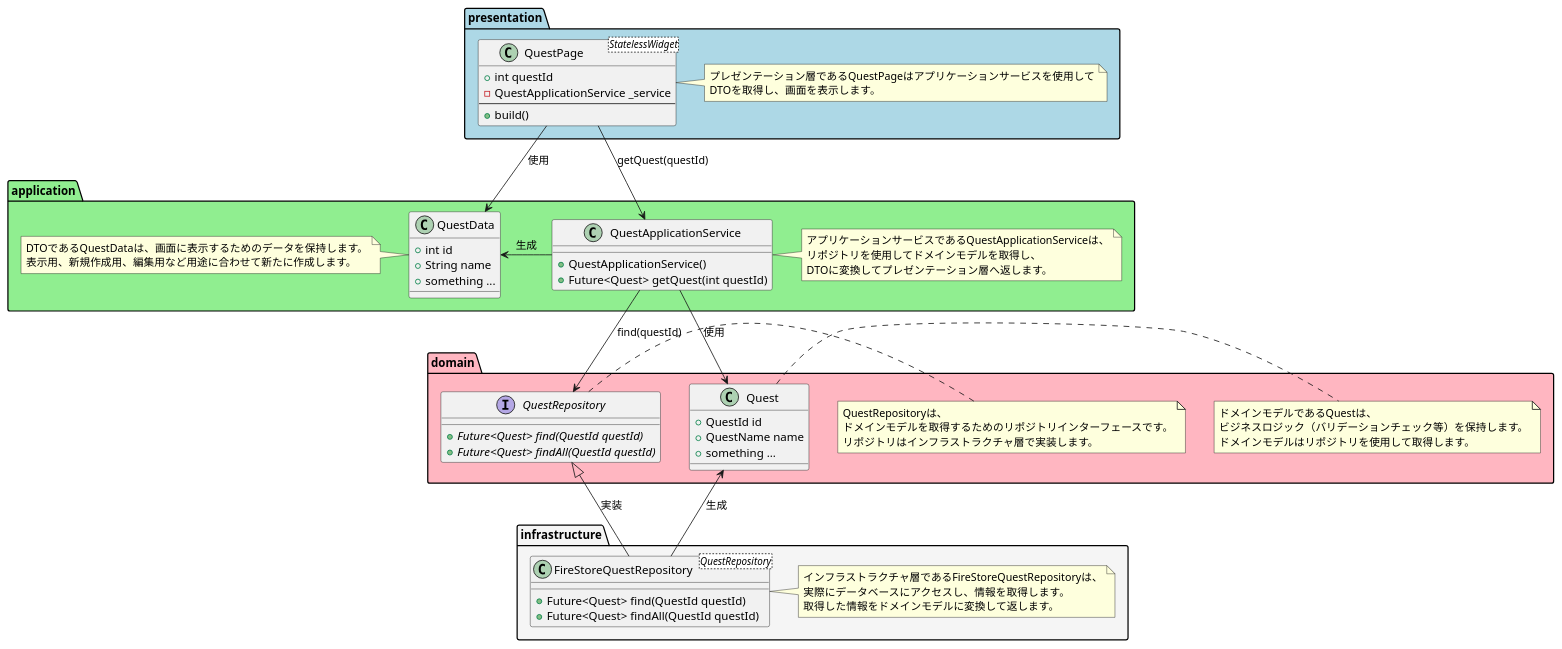
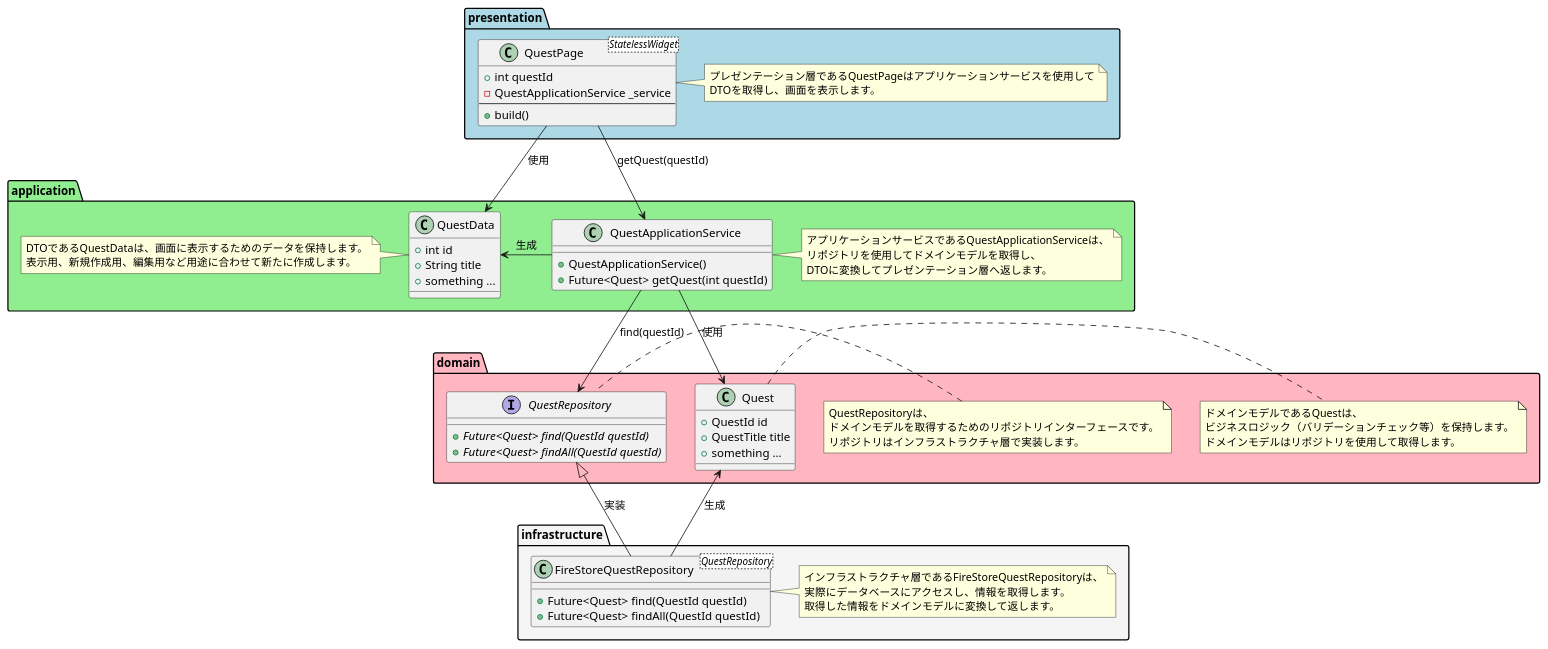
One commit to shuhei1101/allowance-questboard changed the diagram in docs/uml/DDD_clsd.pu. Above: the diagram before and after it, drawn with PlantUML. The commit also changed 130 other files, not shown here.

```diff
--- a/docs/uml/DDD_clsd.pu
+++ b/docs/uml/DDD_clsd.pu
@@ -1,94 +1,94 @@
 @startuml "allowance_questboard_DDD_clsd"
 
 package "presentation" #LightBlue {
 
     class QuestPage <StatelessWidget> {
         + int questId
         - QuestApplicationService _service
         ---
         + build()
     }
 
     note right of QuestPage
         プレゼンテーション層であるQuestPageはアプリケーションサービスを使用して
         DTOを取得し、画面を表示します。
     end note
 
 }
 
 presentation.QuestPage -down-> application.QuestApplicationService: getQuest(questId)
 presentation.QuestPage -down-> application.QuestData: 使用
 
 package "application" #LightGreen {
 
     class QuestData {
         + int id
-        + String name
+        + String title
         + something ...
     }
 
     note left of QuestData
         DTOであるQuestDataは、画面に表示するためのデータを保持します。
         表示用、新規作成用、編集用など用途に合わせて新たに作成します。
     end note
 
     QuestApplicationService -left-> QuestData: 生成
 
     class QuestApplicationService{
         + QuestApplicationService()
         + Future<Quest> getQuest(int questId)
     }
 
     note right of QuestApplicationService
         アプリケーションサービスであるQuestApplicationServiceは、
         リポジトリを使用してドメインモデルを取得し、
         DTOに変換してプレゼンテーション層へ返します。
     end note
 
 }
 
 application.QuestApplicationService -down-> domain.QuestRepository: find(questId)
 application.QuestApplicationService -down-> domain.Quest: 使用
 
 package "domain" #LightPink {
     interface QuestRepository {
         + {abstract}Future<Quest> find(QuestId questId)
         + {abstract}Future<Quest> findAll(QuestId questId)
     }
 
     note left of QuestRepository
         QuestRepositoryは、
         ドメインモデルを取得するためのリポジトリインターフェースです。
         リポジトリはインフラストラクチャ層で実装します。
     end note
 
     class Quest {
         + QuestId id
-        + QuestName name
+        + QuestTitle title
         + something ...
     }
 
     note right of Quest
         ドメインモデルであるQuestは、
         ビジネスロジック（バリデーションチェック等）を保持します。
         ドメインモデルはリポジトリを使用して取得します。
     end note
 }
 
 domain.QuestRepository <|-down- infrastructure.FireStoreQuestRepository: 実装
 infrastructure.FireStoreQuestRepository -up-> domain.Quest: 生成
 
 package "infrastructure" #WhiteSmoke {
     class FireStoreQuestRepository <QuestRepository> {
         + Future<Quest> find(QuestId questId)
         + Future<Quest> findAll(QuestId questId)
     }
 
     note right of FireStoreQuestRepository
         インフラストラクチャ層であるFireStoreQuestRepositoryは、
         実際にデータベースにアクセスし、情報を取得します。
         取得した情報をドメインモデルに変換して返します。
     end note
 }
 
 @enduml
```
